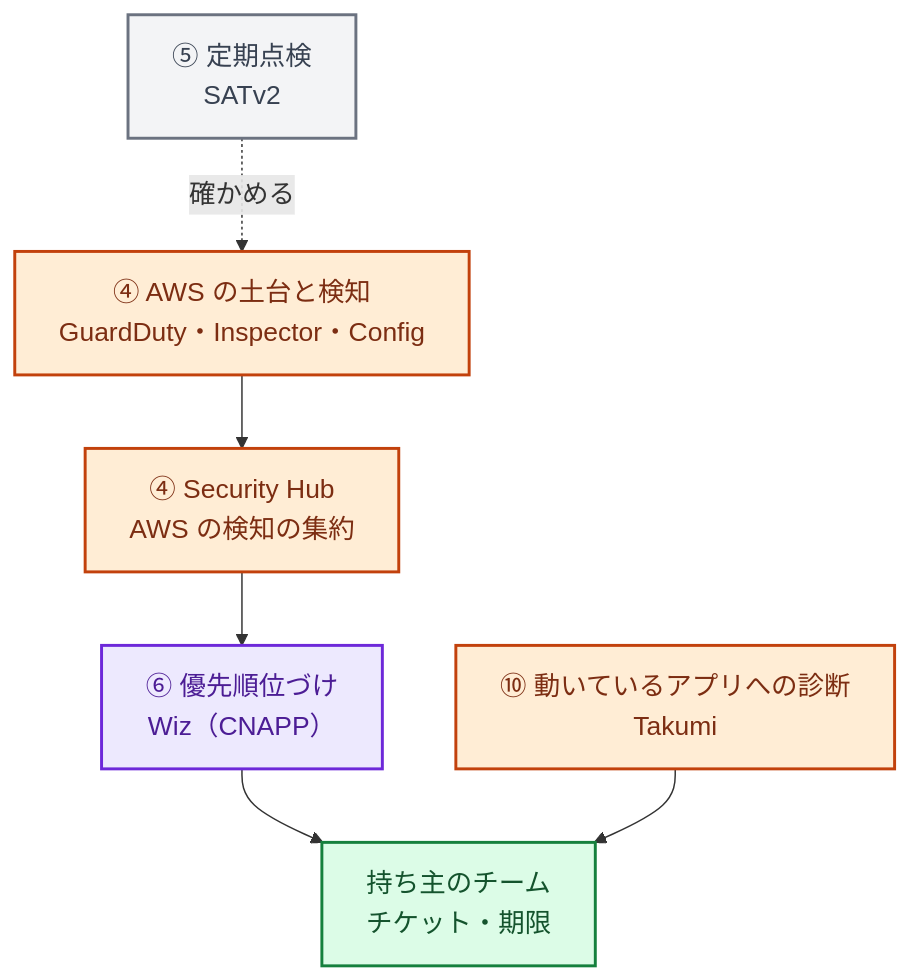
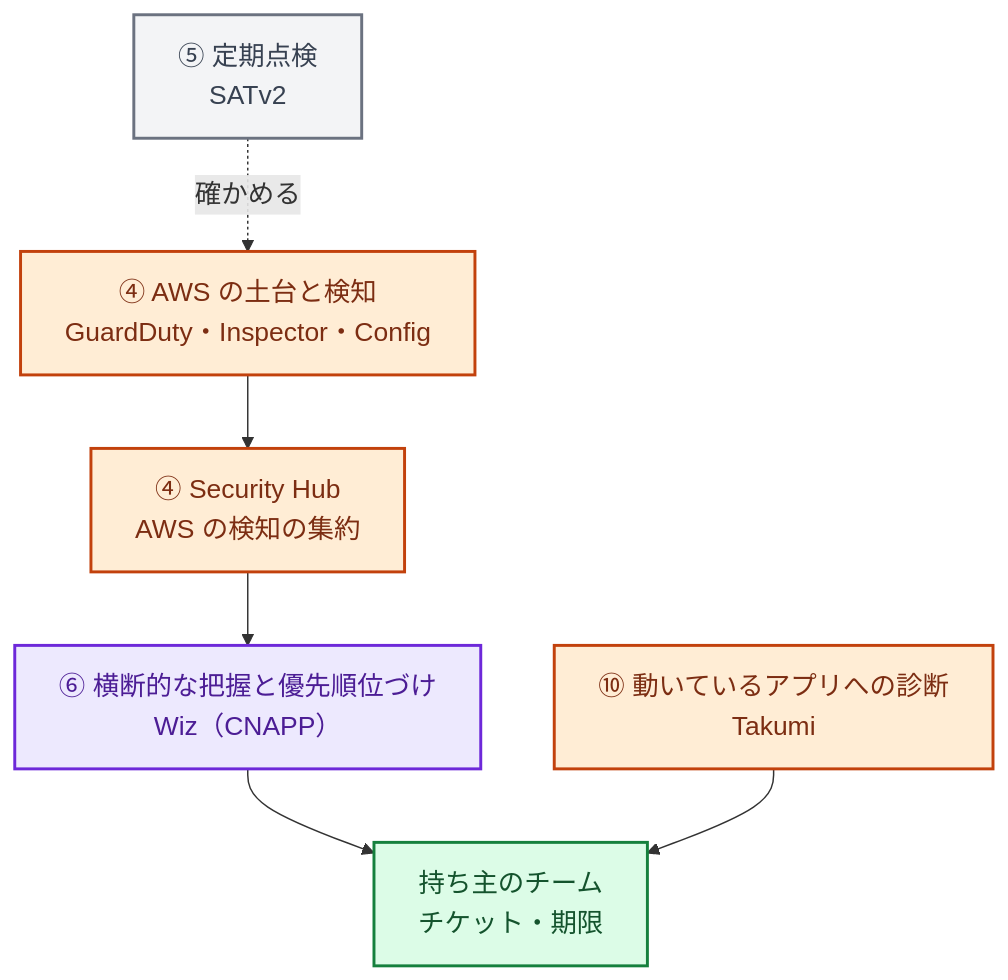
One commit to rkawajiri/zenn-content changed the third of 3 diagrams in books/security-roadmap-ja/06-tool-map.md. Above: the diagram before and after it, drawn with Mermaid. The commit also changed other lines of this file and 22 other files, not shown here.

````diff
--- a/books/security-roadmap-ja/06-tool-map.md
+++ b/books/security-roadmap-ja/06-tool-map.md
@@ -119,17 +119,17 @@
 ```mermaid
 %%{init: {"themeVariables": {"fontSize": "18px"}, "flowchart": {"wrappingWidth": 400}}}%%
 flowchart TB
   AWS["④ AWS の土台と検知<br>GuardDuty・Inspector・Config"]:::cloud
   SH["④ Security Hub<br>AWS の検知の集約"]:::cloud
-  Wiz["⑥ 優先順位づけ<br>Wiz（CNAPP）"]:::ops
+  Wiz["⑥ 横断的な把握と優先順位づけ<br>Wiz（CNAPP）"]:::ops
   TK["⑩ 動いているアプリへの診断<br>Takumi"]:::cloud
   SAT["⑤ 定期点検<br>SATv2"]:::gray
   Owner["持ち主のチーム<br>チケット・期限"]:::gov
   AWS --> SH --> Wiz --> Owner
   TK --> Owner
   SAT -.確かめる.-> AWS
   classDef cloud fill:#ffedd5,stroke:#c2410c,color:#7c2d12,stroke-width:2px
   classDef ops fill:#ede9fe,stroke:#6d28d9,color:#4c1d95,stroke-width:2px
   classDef gray fill:#f3f4f6,stroke:#6b7280,color:#374151,stroke-width:2px
   classDef gov fill:#dcfce7,stroke:#15803d,color:#14532d,stroke-width:2px
 ```
````
